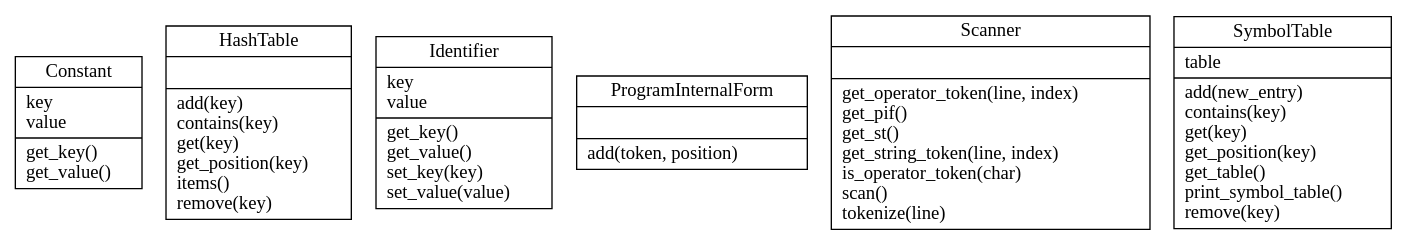
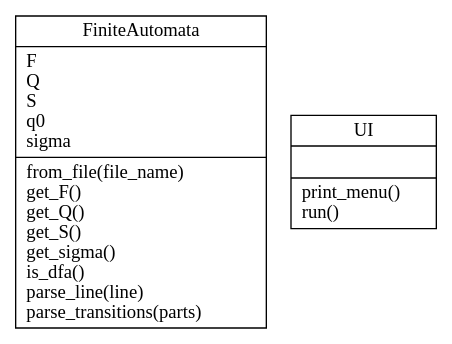
Before and after one commit to adrian-popa/flcd: the diagram in Lab4/classes.dot, drawn with Graphviz. The commit also changed 47 other files, not shown here.

Commit message:
Added Lab4 (Finite Automata elements in Python)

```diff
--- a/Lab4/classes.dot
+++ b/Lab4/classes.dot
@@ -1,10 +1,6 @@
 digraph "classes" {
 charset="utf-8"
 rankdir=BT
-"0" [label="{Constant|key\lvalue\l|get_key()\lget_value()\l}", shape="record"];
-"1" [label="{HashTable|\l|add(key)\lcontains(key)\lget(key)\lget_position(key)\litems()\lremove(key)\l}", shape="record"];
-"2" [label="{Identifier|key\lvalue\l|get_key()\lget_value()\lset_key(key)\lset_value(value)\l}", shape="record"];
-"3" [label="{ProgramInternalForm|\l|add(token, position)\l}", shape="record"];
-"4" [label="{Scanner|\l|get_operator_token(line, index)\lget_pif()\lget_st()\lget_string_token(line, index)\lis_operator_token(char)\lscan()\ltokenize(line)\l}", shape="record"];
-"5" [label="{SymbolTable|table\l|add(new_entry)\lcontains(key)\lget(key)\lget_position(key)\lget_table()\lprint_symbol_table()\lremove(key)\l}", shape="record"];
+"0" [label="{FiniteAutomata|F\lQ\lS\lq0\lsigma\l|from_file(file_name)\lget_F()\lget_Q()\lget_S()\lget_sigma()\lis_dfa()\lparse_line(line)\lparse_transitions(parts)\l}", shape="record"];
+"1" [label="{UI|\l|print_menu()\lrun()\l}", shape="record"];
 }
```
